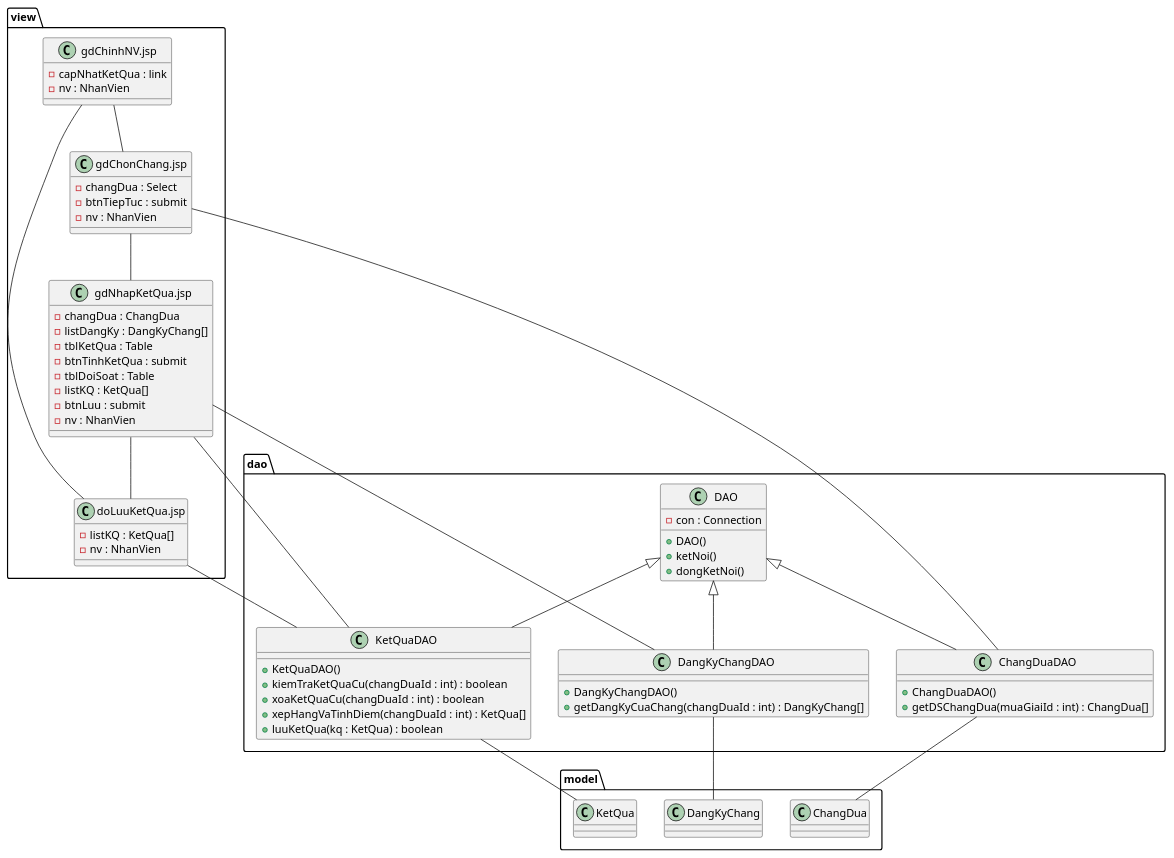
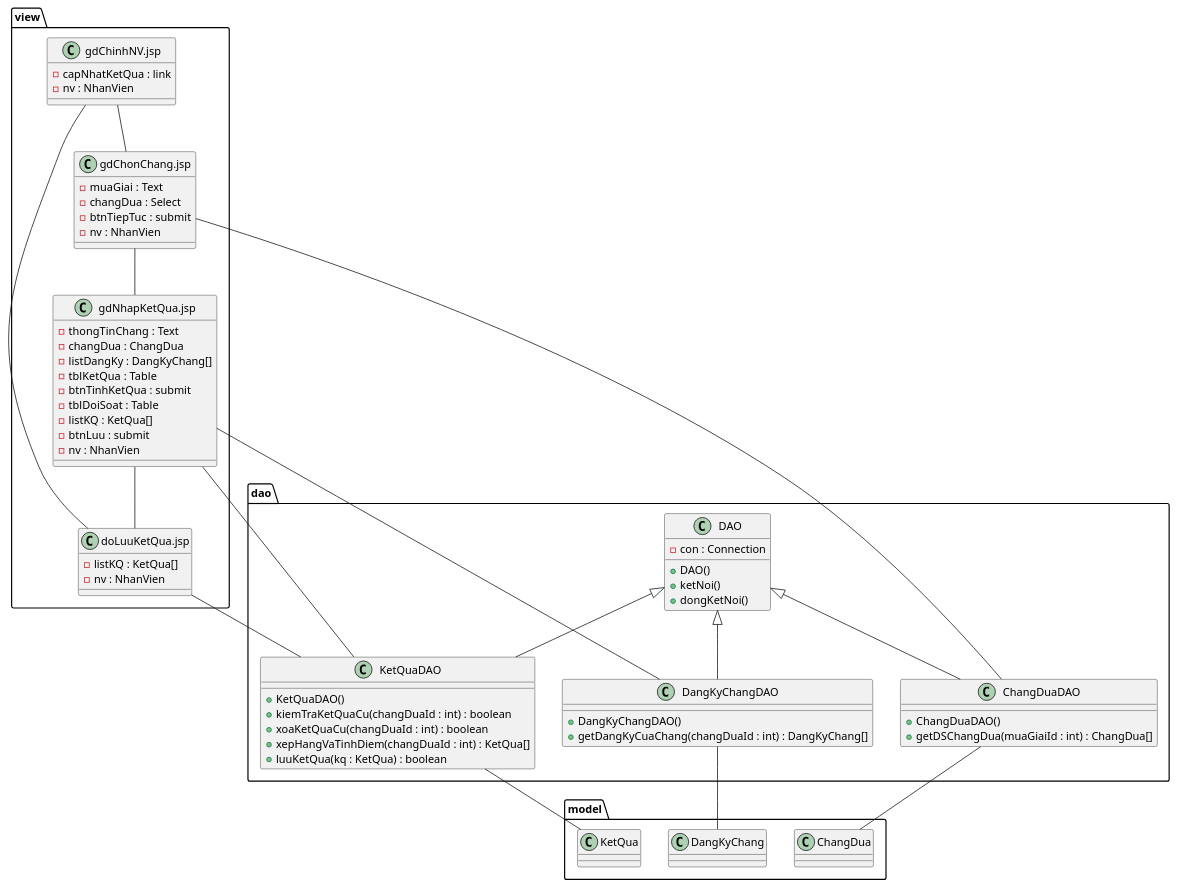
One commit to 7gho/CNPM-He2026 changed the fourth of 6 diagrams in Module 3 - Kiet/noi-dung.md. Above: the diagram before and after it, drawn with PlantUML. The commit also changed other lines of this file and 23 other files, not shown here.

````diff
--- a/Module 3 - Kiet/noi-dung.md
+++ b/Module 3 - Kiet/noi-dung.md
@@ -328,77 +351,79 @@
 ```plantuml
 @startuml
 package view {
   class "gdChinhNV.jsp" as gdChinhNV {
     -capNhatKetQua : link
     -nv : NhanVien
   }
   class "gdChonChang.jsp" as gdChonChang {
+    -muaGiai : Text
     -changDua : Select
     -btnTiepTuc : submit
     -nv : NhanVien
   }
   class "gdNhapKetQua.jsp" as gdNhapKetQua {
+    -thongTinChang : Text
     -changDua : ChangDua
     -listDangKy : DangKyChang[]
     -tblKetQua : Table
     -btnTinhKetQua : submit
     -tblDoiSoat : Table
     -listKQ : KetQua[]
     -btnLuu : submit
     -nv : NhanVien
   }
   class "doLuuKetQua.jsp" as doLuuKetQua {
     -listKQ : KetQua[]
     -nv : NhanVien
   }
 }
 
 package dao {
   class DAO {
     -con : Connection
     +DAO()
     +ketNoi()
     +dongKetNoi()
   }
   class ChangDuaDAO {
     +ChangDuaDAO()
     +getDSChangDua(muaGiaiId : int) : ChangDua[]
   }
   class DangKyChangDAO {
     +DangKyChangDAO()
     +getDangKyCuaChang(changDuaId : int) : DangKyChang[]
   }
   class KetQuaDAO {
     +KetQuaDAO()
     +kiemTraKetQuaCu(changDuaId : int) : boolean
     +xoaKetQuaCu(changDuaId : int) : boolean
     +xepHangVaTinhDiem(changDuaId : int) : KetQua[]
     +luuKetQua(kq : KetQua) : boolean
   }
 }
 
 package model {
   class ChangDua
   class DangKyChang
   class KetQua
 }
 
 DAO <|-- ChangDuaDAO
 DAO <|-- DangKyChangDAO
 DAO <|-- KetQuaDAO
 
 gdChinhNV -- gdChonChang
 gdChonChang -- gdNhapKetQua
 gdNhapKetQua -- doLuuKetQua
 doLuuKetQua -- gdChinhNV
 
 gdChonChang -- ChangDuaDAO
 gdNhapKetQua -- DangKyChangDAO
 gdNhapKetQua -- KetQuaDAO
 doLuuKetQua -- KetQuaDAO
 
 ChangDuaDAO -- ChangDua
 DangKyChangDAO -- DangKyChang
 KetQuaDAO -- KetQua
 @enduml
 ```
````
